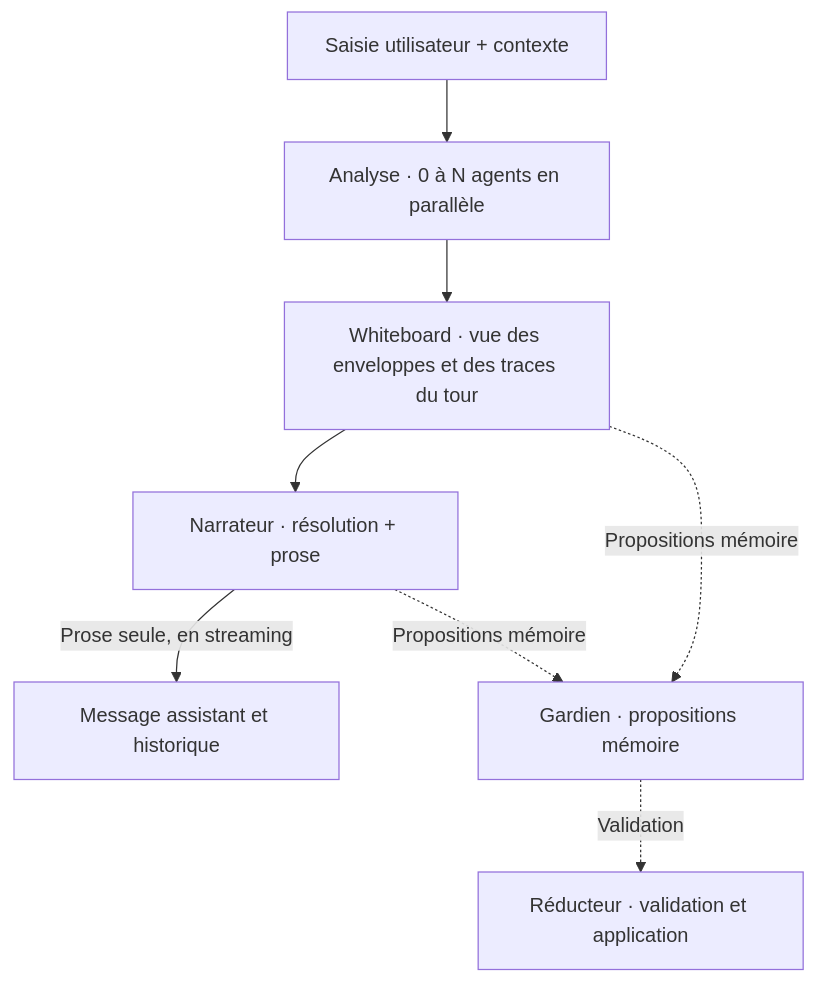
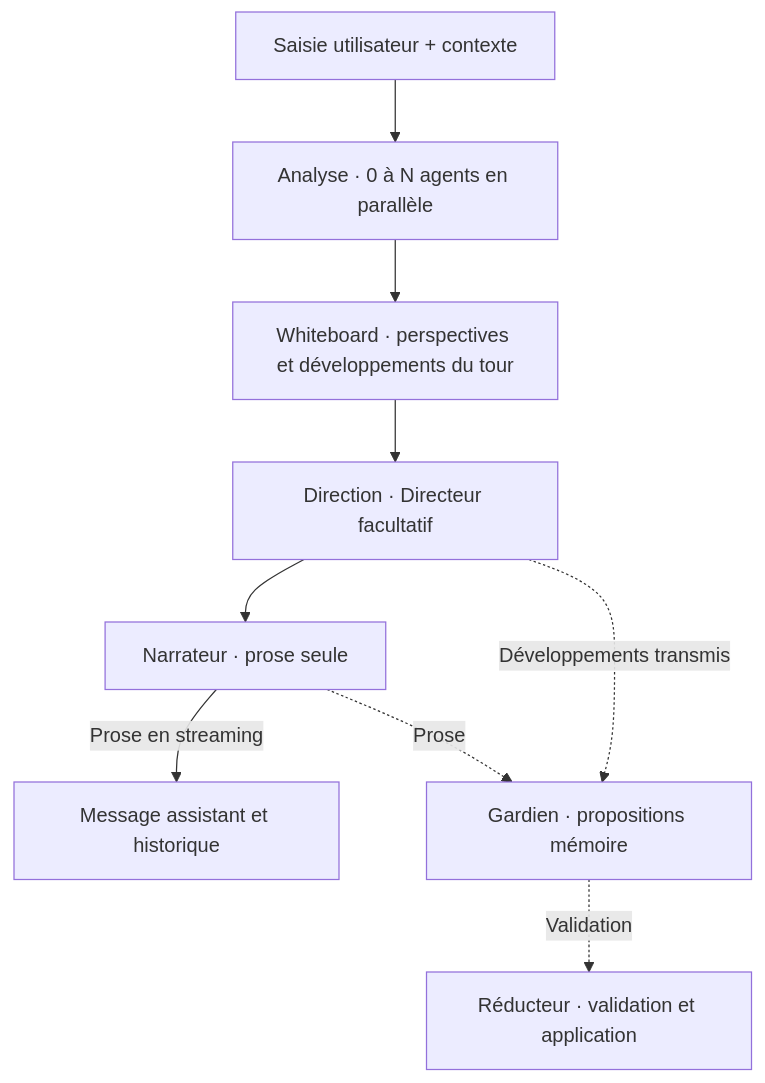
Before and after one commit to samkeller/choral-writer: the diagram in README.md, drawn with Mermaid. The commit also changed other lines of this file and 25 other files, not shown here.

````diff
--- a/README.md
+++ b/README.md
@@ -6,10 +6,11 @@
 ```mermaid
 flowchart TD
     U["Saisie utilisateur + contexte"] --> A["Analyse · 0 à N agents en parallèle"]
-    A --> W["Whiteboard · vue des enveloppes et des traces du tour"]
-    W --> N["Narrateur · résolution + prose"]
-    N -->|Prose seule, en streaming| C["Message assistant et historique"]
-    W -.->|Propositions mémoire| G["Gardien · propositions mémoire"]
-    N -.->|Propositions mémoire| G
+    A --> W["Whiteboard · perspectives et développements du tour"]
+    W --> D["Direction · Directeur facultatif"]
+    D --> N["Narrateur · prose seule"]
+    N -->|Prose en streaming| C["Message assistant et historique"]
+    N -.->|Prose| G["Gardien · propositions mémoire"]
+    D -.->|Développements transmis| G
     G -.->|Validation| R["Réducteur · validation et application"]
 ```
````
